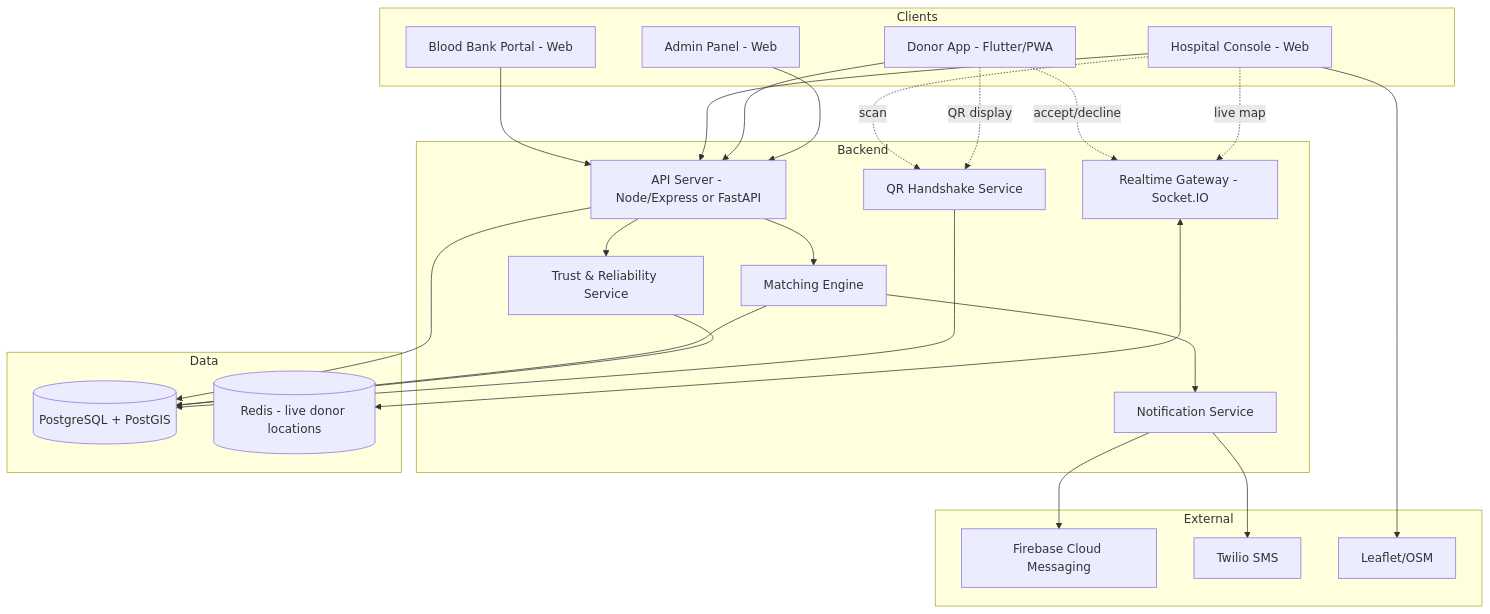
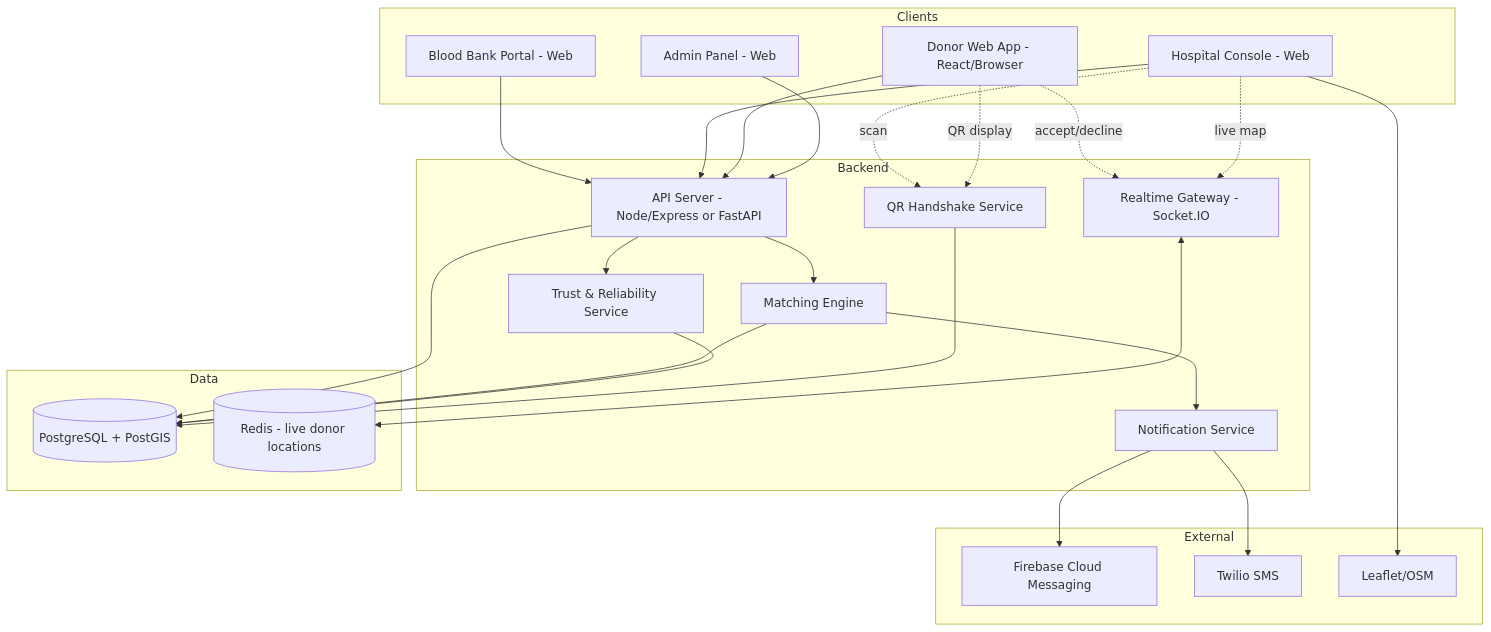
One commit to biswa2005/BloodLink changed the diagram in README.md. Above: the diagram before and after it, drawn with Mermaid. The commit also changed other lines of this file and 23 other files, not shown here.

````diff
--- a/README.md
+++ b/README.md
@@ -118,50 +122,50 @@
 ```mermaid
 flowchart TB
     subgraph Clients
         BankUI[Blood Bank Portal - Web]
         HospitalUI[Hospital Console - Web]
-        DonorApp[Donor App - Flutter/PWA]
+        DonorApp[Donor Web App - React/Browser]
         AdminUI[Admin Panel - Web]
     end
 
     subgraph Backend
         API[API Server - Node/Express or FastAPI]
         Match[Matching Engine]
         Notif[Notification Service]
         QR[QR Handshake Service]
         Trust[Trust & Reliability Service]
         RT[Realtime Gateway - Socket.IO]
     end
 
     subgraph Data
         DB[(PostgreSQL + PostGIS)]
         Cache[(Redis - live donor locations)]
     end
 
     subgraph External
         FCM[Firebase Cloud Messaging]
         Twilio[Twilio SMS]
         Maps[Leaflet/OSM]
     end
 
     BankUI --> API
     HospitalUI --> API
     DonorApp --> API
     AdminUI --> API
 
     API --> Match
     API --> Trust
     Match --> Notif
     Notif --> FCM
     Notif --> Twilio
     DonorApp -.accept/decline.-> RT
     HospitalUI -.live map.-> RT
     RT <--> Cache
     API --> DB
     Match --> DB
     Trust --> DB
     QR --> DB
     HospitalUI -.scan.-> QR
     DonorApp -.QR display.-> QR
     HospitalUI --> Maps
 ```
````
